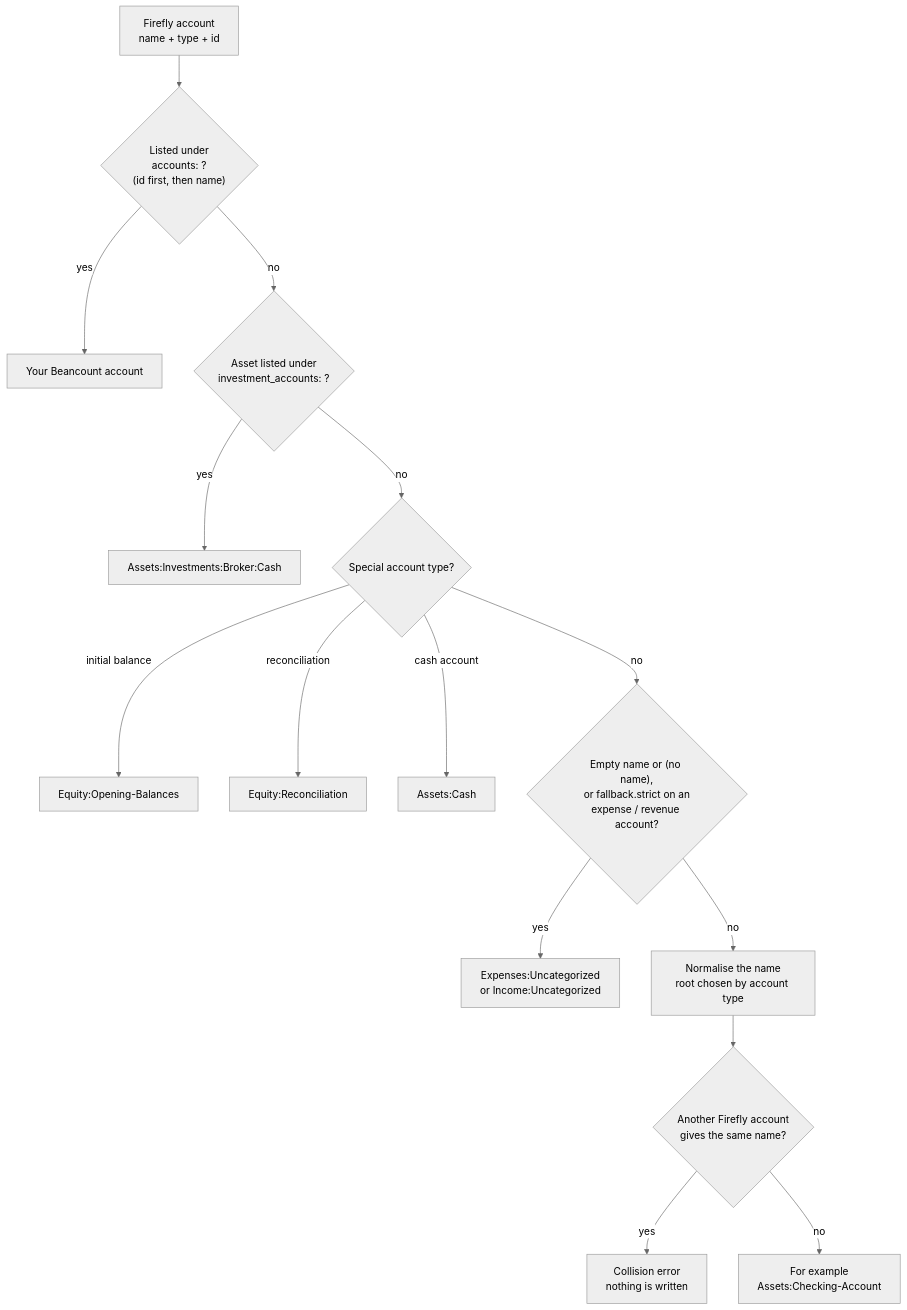
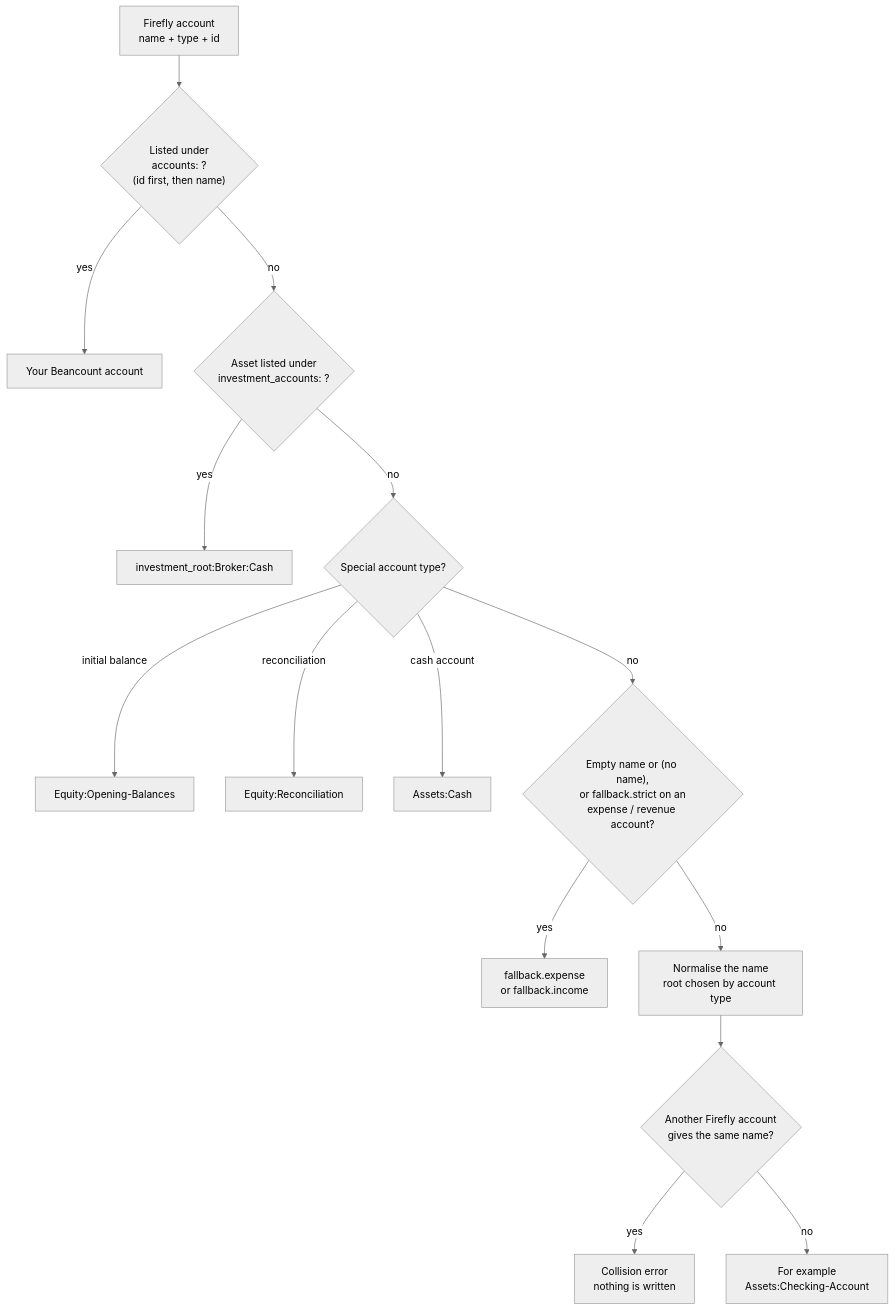
The fifth of 9 diagrams in docs/wiki/Beancount-Export.md (fran33git/firefly-reports), drawn with Mermaid (neutral theme) before and after one commit. The commit also changed other lines of this file and 13 other files, not shown here.

````diff
--- a/docs/wiki/Beancount-Export.md
+++ b/docs/wiki/Beancount-Export.md
@@ -242,17 +344,17 @@
 ```mermaid
 flowchart TD
     A["Firefly account<br/>name + type + id"] --> B{"Listed under<br/>accounts: ?<br/>(id first, then name)"}
     B -- yes --> R1["Your Beancount account"]
     B -- no --> C{"Asset listed under<br/>investment_accounts: ?"}
-    C -- yes --> R2["Assets:Investments:Broker:Cash"]
+    C -- yes --> R2["investment_root:Broker:Cash"]
     C -- no --> D{"Special account type?"}
     D -- "initial balance" --> R3["Equity:Opening-Balances"]
     D -- reconciliation --> R4["Equity:Reconciliation"]
     D -- "cash account" --> R5["Assets:Cash"]
     D -- no --> E{"Empty name or (no name),<br/>or fallback.strict on an<br/>expense / revenue account?"}
-    E -- yes --> R6["Expenses:Uncategorized<br/>or Income:Uncategorized"]
+    E -- yes --> R6["fallback.expense<br/>or fallback.income"]
     E -- no --> F["Normalise the name<br/>root chosen by account type"]
     F --> G{"Another Firefly account<br/>gives the same name?"}
     G -- yes --> ERR["Collision error<br/>nothing is written"]
     G -- no --> R7["For example<br/>Assets:Checking-Account"]
 ```
````
